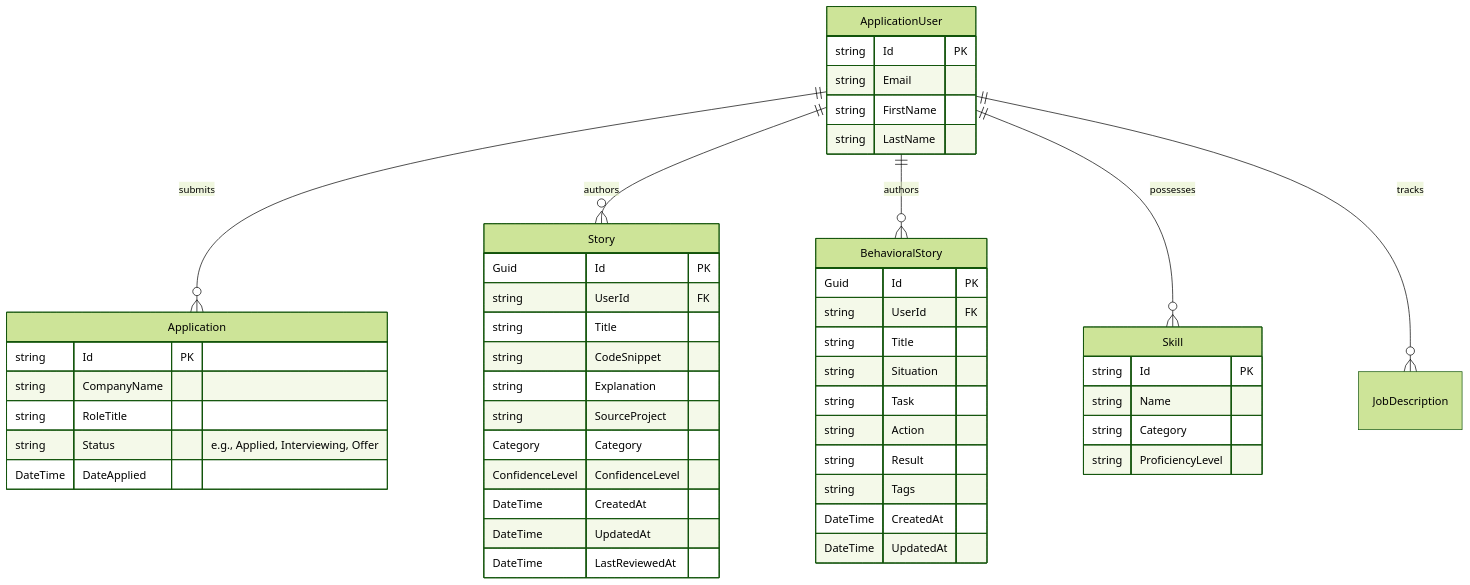
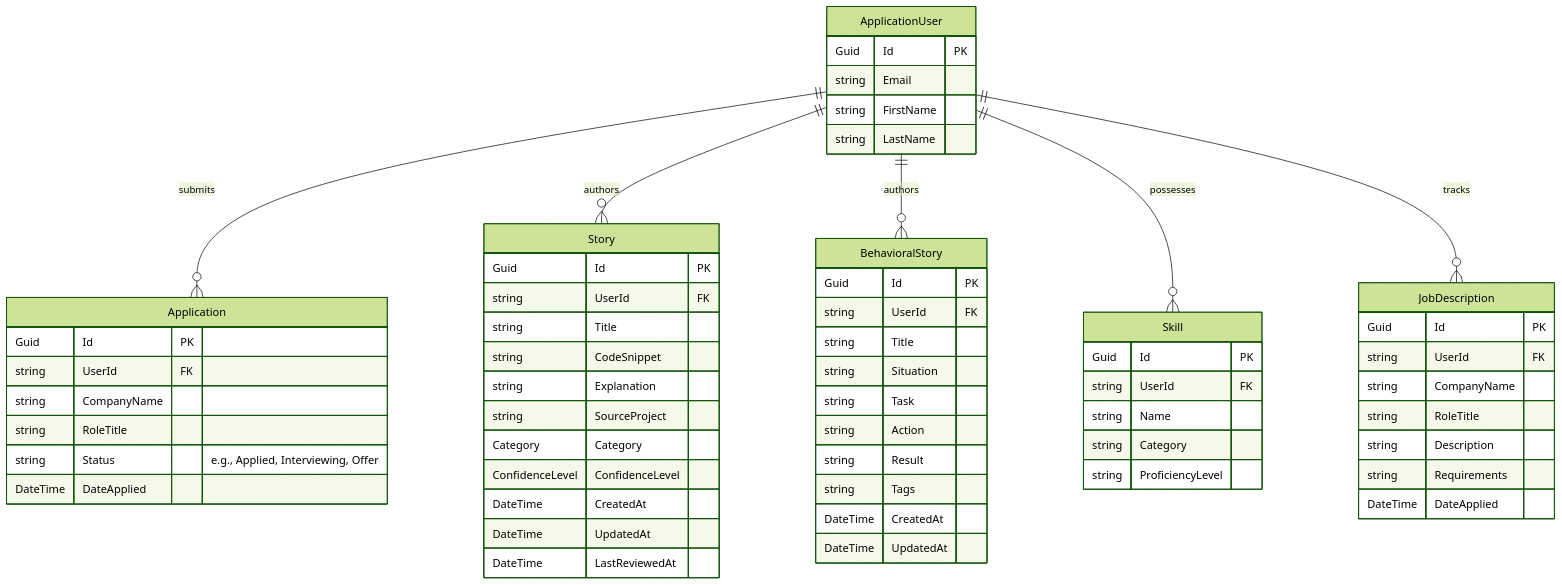
The second of 2 diagrams in README.md (austinchima/Precept), drawn with Mermaid (forest theme) before and after one commit. The commit also changed other lines of this file and 14 other files, not shown here.

Commit message:
feat: scaffold React web application and ASP.NET Core API with updated documentation and project architecture.

````diff
--- a/README.md
+++ b/README.md
@@ -94,57 +98,69 @@
 ```mermaid
 erDiagram
     ApplicationUser ||--o{ Application : submits
     ApplicationUser ||--o{ Story : authors
     ApplicationUser ||--o{ BehavioralStory : authors
     ApplicationUser ||--o{ Skill : possesses
     ApplicationUser ||--o{ JobDescription : tracks
 
     ApplicationUser {
-        string Id PK
+        Guid Id PK
         string Email
         string FirstName
         string LastName
     }
 
     Application {
-        string Id PK
+        Guid Id PK
+        string UserId FK
         string CompanyName
         string RoleTitle
         string Status "e.g., Applied, Interviewing, Offer"
         DateTime DateApplied
     }
 
     Story {
         Guid Id PK
         string UserId FK
         string Title
         string CodeSnippet
         string Explanation
         string SourceProject
         Category Category
         ConfidenceLevel ConfidenceLevel
         DateTime CreatedAt
         DateTime UpdatedAt
         DateTime LastReviewedAt
     }
 
     BehavioralStory {
         Guid Id PK
         string UserId FK
         string Title
         string Situation
         string Task
         string Action
         string Result
         string Tags
         DateTime CreatedAt
         DateTime UpdatedAt
     }
 
     Skill {
-        string Id PK
+        Guid Id PK
+        string UserId FK
         string Name
         string Category
         string ProficiencyLevel
     }
+
+    JobDescription {
+        Guid Id PK
+        string UserId FK
+        string CompanyName
+        string RoleTitle
+        string Description
+        string Requirements
+        DateTime DateApplied
+    }
 ```
````
